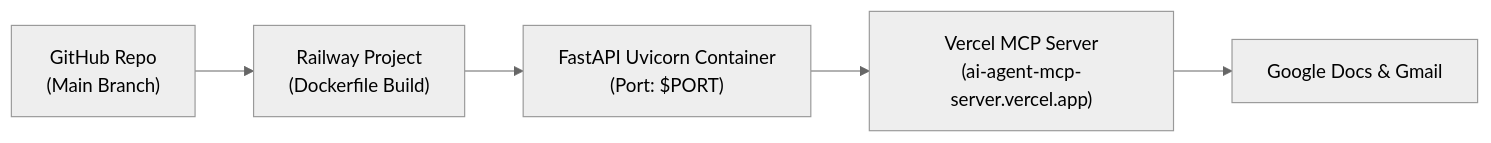
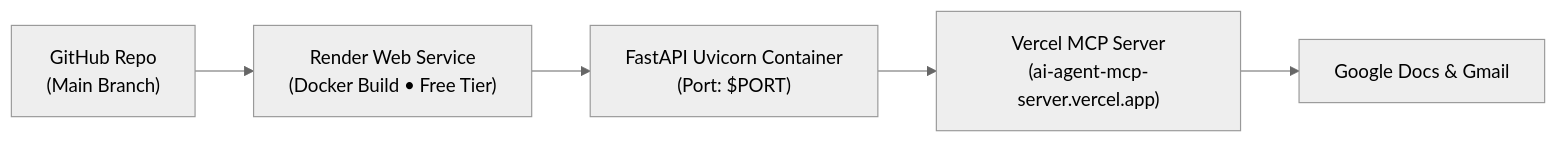
Before and after one commit to nagesh-labs/ai-agent-pulse-report-generation: the diagram in docs/runbook.md, drawn with Mermaid (neutral theme). The commit also changed other lines of this file and 4 other files, not shown here.

Commit message:
feat(deploy): add render.yaml blueprint and update deployment plan for Render free tier

````diff
--- a/docs/runbook.md
+++ b/docs/runbook.md
@@ -33,7 +33,7 @@
 ```mermaid
 flowchart LR
-    A["GitHub Repo<br/>(Main Branch)"] --> B["Railway Project<br/>(Dockerfile Build)"]
+    A["GitHub Repo<br/>(Main Branch)"] --> B["Render Web Service<br/>(Docker Build • Free Tier)"]
     B --> C["FastAPI Uvicorn Container<br/>(Port: $PORT)"]
     C --> D["Vercel MCP Server<br/>(ai-agent-mcp-server.vercel.app)"]
     D --> E["Google Docs & Gmail"]
 ```
````
